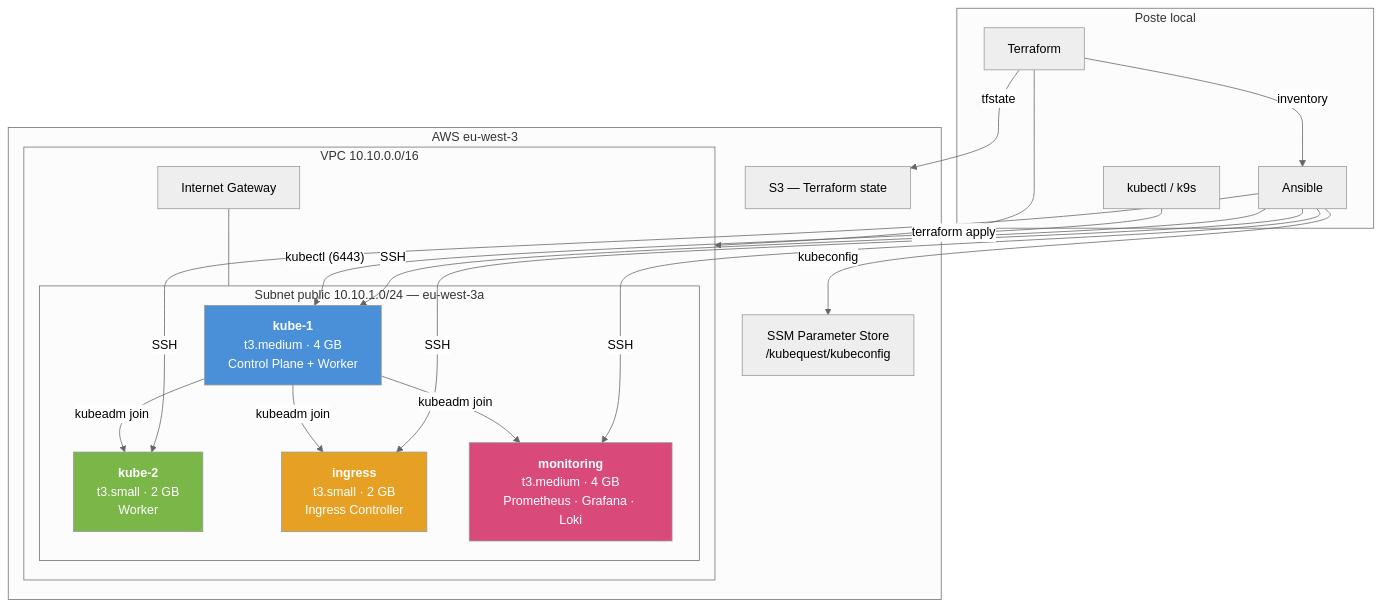
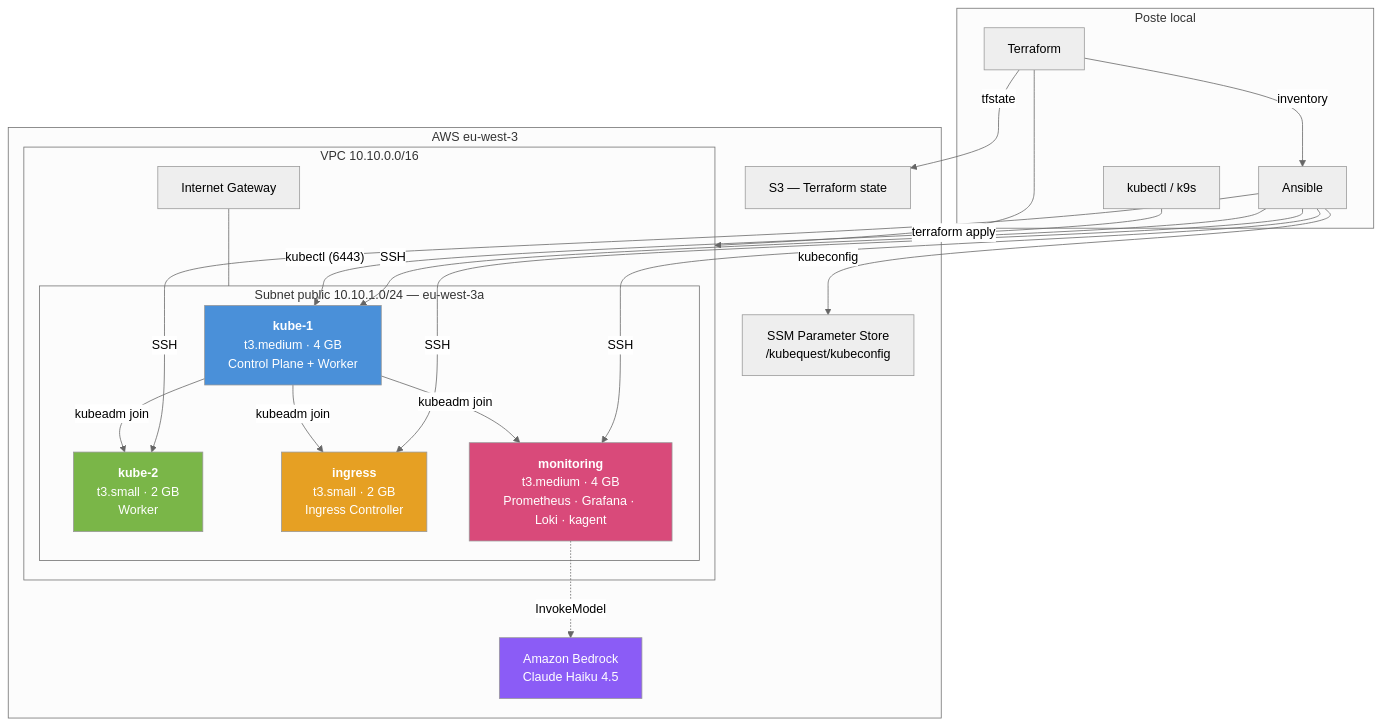
The diagram in README.md (Glutenfree69/Cluster69), drawn with Mermaid (neutral theme) before and after one commit. The commit also changed other lines of this file and 1 other file, not shown here.

````diff
--- a/README.md
+++ b/README.md
@@ -7,43 +7,47 @@
 ```mermaid
 flowchart TB
     subgraph DEV["Poste local"]
         TF["Terraform"]
         AN["Ansible"]
         KC["kubectl / k9s"]
     end
 
     subgraph AWS["AWS eu-west-3"]
         subgraph VPC["VPC 10.10.0.0/16"]
             subgraph SUBNET["Subnet public 10.10.1.0/24 — eu-west-3a"]
                 K1["<b>kube-1</b><br/>t3.medium · 4 GB<br/>Control Plane + Worker"]
                 K2["<b>kube-2</b><br/>t3.small · 2 GB<br/>Worker"]
                 IG["<b>ingress</b><br/>t3.small · 2 GB<br/>Ingress Controller"]
-                MO["<b>monitoring</b><br/>t3.medium · 4 GB<br/>Prometheus · Grafana · Loki"]
+                MO["<b>monitoring</b><br/>t3.medium · 4 GB<br/>Prometheus · Grafana · Loki · kagent"]
             end
             IGW["Internet Gateway"]
         end
         SSM["SSM Parameter Store<br/>/kubequest/kubeconfig"]
         S3["S3 — Terraform state"]
+        BED["Amazon Bedrock<br/>Claude Haiku 4.5"]
     end
 
     TF -- "terraform apply" --> VPC
     TF -- "tfstate" --> S3
     TF -- "inventory" --> AN
     AN -- "SSH" --> K1
     AN -- "SSH" --> K2
     AN -- "SSH" --> IG
     AN -- "SSH" --> MO
     AN -- "kubeconfig" --> SSM
     KC -- "kubectl (6443)" --> K1
 
     K1 -- "kubeadm join" --> K2
     K1 -- "kubeadm join" --> IG
     K1 -- "kubeadm join" --> MO
 
+    MO -. "InvokeModel" .-> BED
+
     IGW --- SUBNET
 
     style K1 fill:#4a90d9,color:#fff
     style K2 fill:#7ab648,color:#fff
     style IG fill:#e6a023,color:#fff
     style MO fill:#d94a7a,color:#fff
+    style BED fill:#8b5cf6,color:#fff
 ```
````
